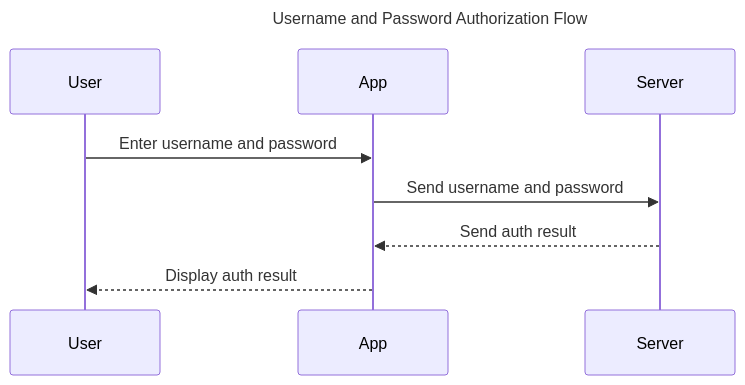
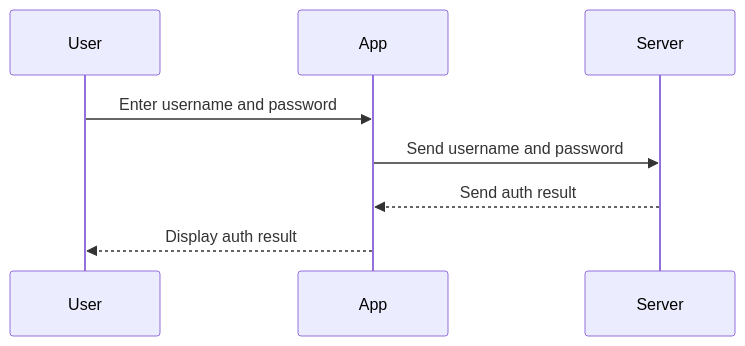
The first of 5 diagrams in VAMobile/documentation/docs/Engineering/BackEnd/Architecture/Auth Diagrams.md (department-of-veterans-affairs/va-mobile-app), drawn with Mermaid before and after one commit. The commit also changed other lines of this file and 6 other files, not shown here.

````diff
--- a/VAMobile/documentation/docs/Engineering/BackEnd/Architecture/Auth Diagrams.md
+++ b/VAMobile/documentation/docs/Engineering/BackEnd/Architecture/Auth Diagrams.md
@@ -5,11 +7,10 @@
 ```mermaid
 sequenceDiagram
-    title: Username and Password Authorization Flow
     participant User
     participant App
     participant Server
     User->>App: Enter username and password
     App->>Server: Send username and password
     Server-->>App: Send auth result
     App-->>User: Display auth result
 ```
````
